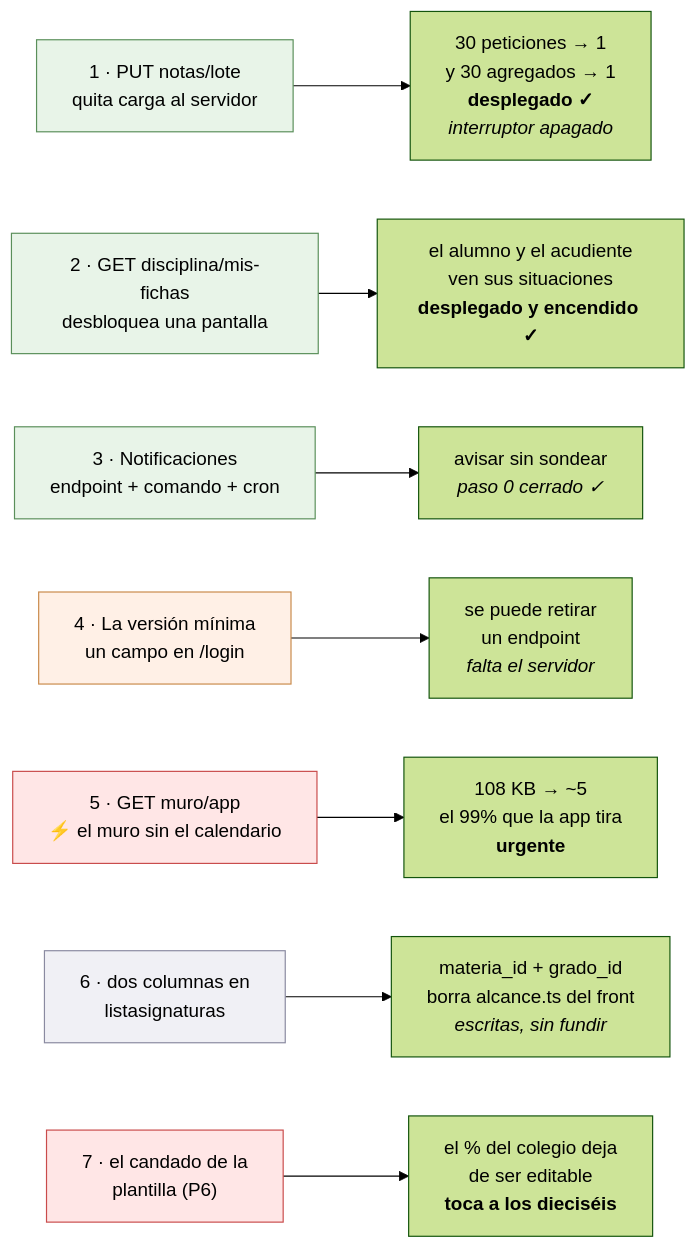
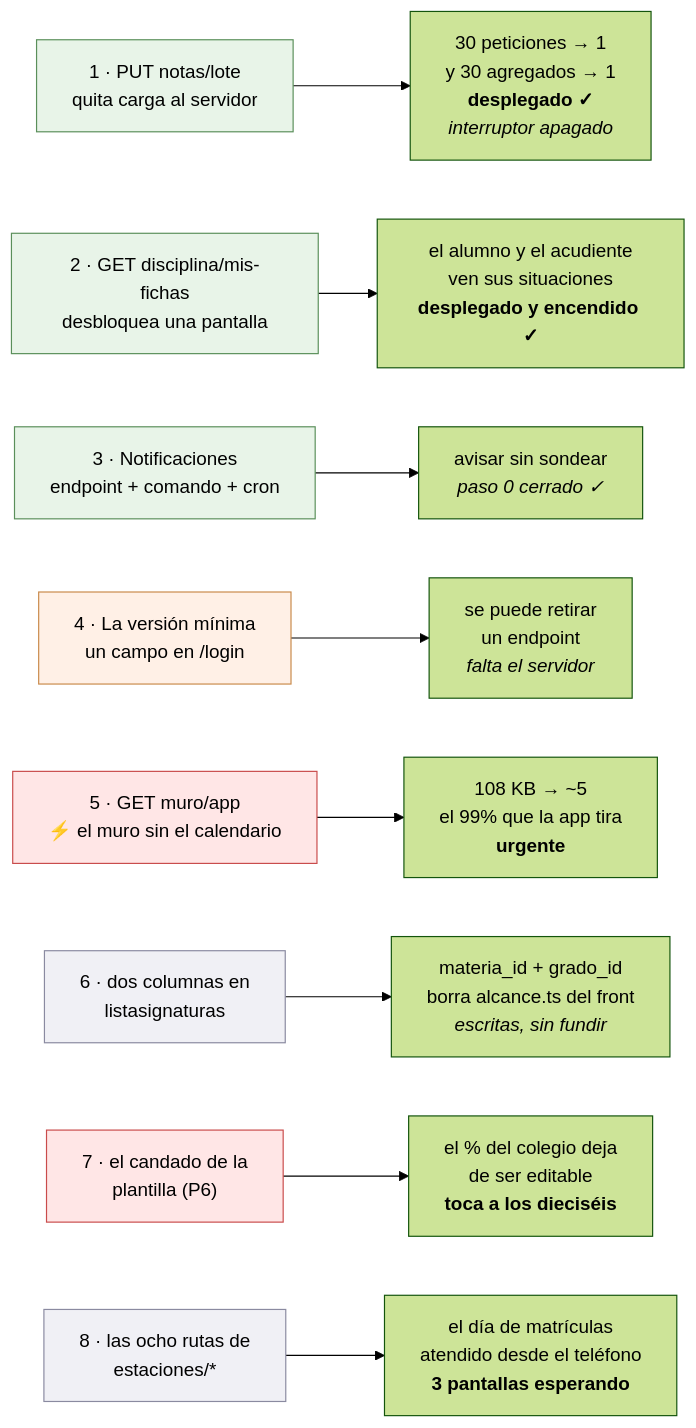
The diagram in docs/backend-pendiente.md (bluesky777/myvc_flutter), drawn with Mermaid (forest theme) before and after one commit. The commit also changed other lines of this file and 12 other files, not shown here.

````diff
--- a/docs/backend-pendiente.md
+++ b/docs/backend-pendiente.md
@@ -29,18 +37,20 @@
 ```mermaid
 flowchart LR
     A["1 · PUT notas/lote<br/>quita carga al servidor"] --> A1["30 peticiones → 1<br/>y 30 agregados → 1<br/><b>desplegado ✓</b><br/><i>interruptor apagado</i>"]
     B["2 · GET disciplina/mis-fichas<br/>desbloquea una pantalla"] --> B1["el alumno y el acudiente<br/>ven sus situaciones<br/><b>desplegado y encendido ✓</b>"]
     C["3 · Notificaciones<br/>endpoint + comando + cron"] --> C1["avisar sin sondear<br/><i>paso 0 cerrado ✓</i>"]
     D["4 · La versión mínima<br/>un campo en /login"] --> D1["se puede retirar<br/>un endpoint<br/><i>falta el servidor</i>"]
     E["5 · GET muro/app<br/>⚡ el muro sin el calendario"] --> E1["108 KB → ~5<br/>el 99% que la app tira<br/><b>urgente</b>"]
     F["6 · dos columnas en<br/>listasignaturas"] --> F1["materia_id + grado_id<br/>borra alcance.ts del front<br/><i>escritas, sin fundir</i>"]
     G["7 · el candado de la<br/>plantilla (P6)"] --> G1["el % del colegio deja<br/>de ser editable<br/><b>toca a los dieciséis</b>"]
+    H["8 · las ocho rutas de<br/>estaciones/*"] --> H1["el día de matrículas<br/>atendido desde el teléfono<br/><b>3 pantallas esperando</b>"]
 
     style A fill:#e8f4e8,stroke:#5a8f5a
     style B fill:#e8f4e8,stroke:#5a8f5a
     style C fill:#e8f4e8,stroke:#5a8f5a
     style D fill:#fff0e6,stroke:#c98a4b
     style E fill:#ffe6e6,stroke:#c94b4b
     style F fill:#f0f0f5,stroke:#8a8aa0
     style G fill:#ffe6e6,stroke:#c94b4b
+    style H fill:#f0f0f5,stroke:#8a8aa0
 ```
````
